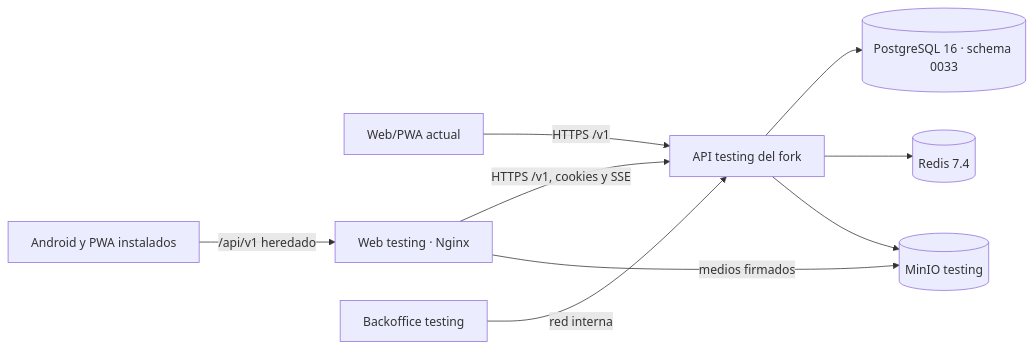
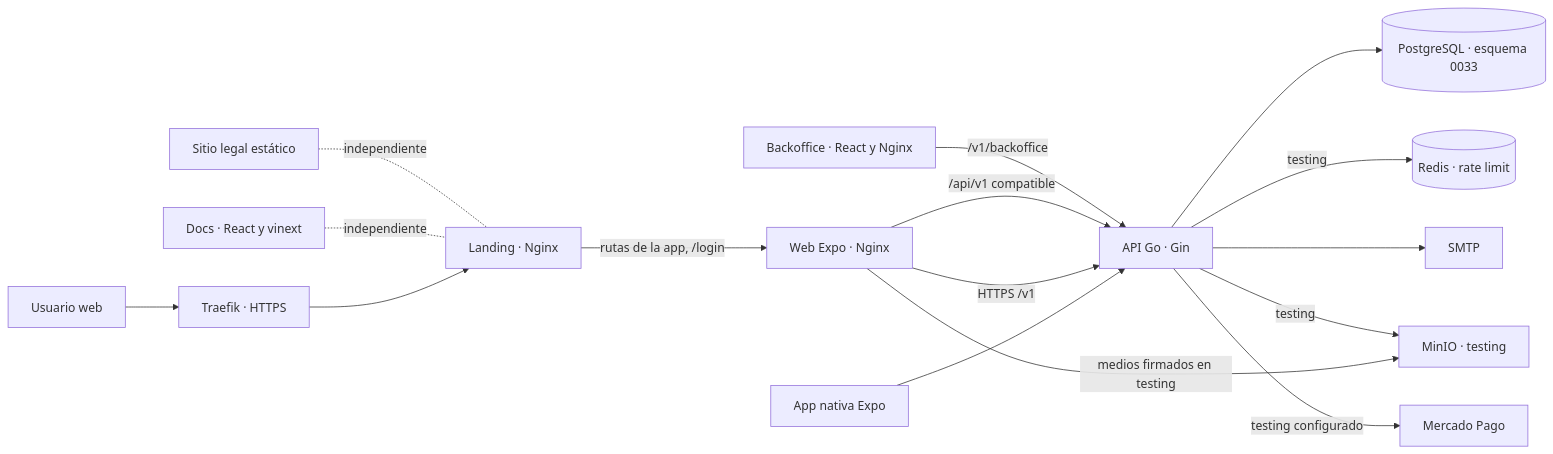
The diagram in docs/architecture/02-containers.md (gagonzalez1/puntazo-docs), drawn with Mermaid before and after one commit. The commit also changed other lines of this file and 42 other files, not shown here.

Commit message:
docs: reconcile current Puntazo architecture and deployed environments

````diff
--- a/docs/architecture/02-containers.md
+++ b/docs/architecture/02-containers.md
@@ -28,11 +19,22 @@
 ```mermaid
 flowchart LR
-    PWA[Web/PWA actual] -->|HTTPS /v1| API[API testing del fork]
-    LEGACY[Android y PWA instalados] -->|/api/v1 heredado| WEB[Web testing · Nginx]
-    WEB -->|HTTPS /v1, cookies y SSE| API
-    WEB -->|medios firmados| MINIO[(MinIO testing)]
-    BO[Backoffice testing] -->|red interna| API
-    API --> PG[(PostgreSQL 16 · schema 0033)]
-    API --> REDIS[(Redis 7.4)]
-    API --> MINIO
+ U[Usuario web] --> T[Traefik · HTTPS]
+ T --> L[Landing · Nginx]
+ L -->|rutas de la app, /login| W[Web Expo · Nginx]
+ N[App nativa Expo] --> API[API Go · Gin]
+ W -->|HTTPS /v1| API
+ W -->|/api/v1 compatible| API
+ W -->|medios firmados en testing| S[MinIO · testing]
+ B[Backoffice · React y Nginx] -->|/v1/backoffice| API
+ API --> DB[(PostgreSQL · esquema 0033)]
+ API -->|testing| R[(Redis · rate limit)]
+ API -->|testing| S
+ API --> E[SMTP]
+ API -->|testing configurado| MP[Mercado Pago]
+ D[Docs · React y vinext] -. independiente .- L
+ LEG[Sitio legal estático] -. independiente .- L
+ click API href "#/backend-components" "Ver backend"
+ click W href "#/frontend-components" "Ver frontend"
+ click DB href "#/data-current" "Ver datos"
+ click B href "#/backoffice-architecture" "Ver Backoffice"
 ```
````
